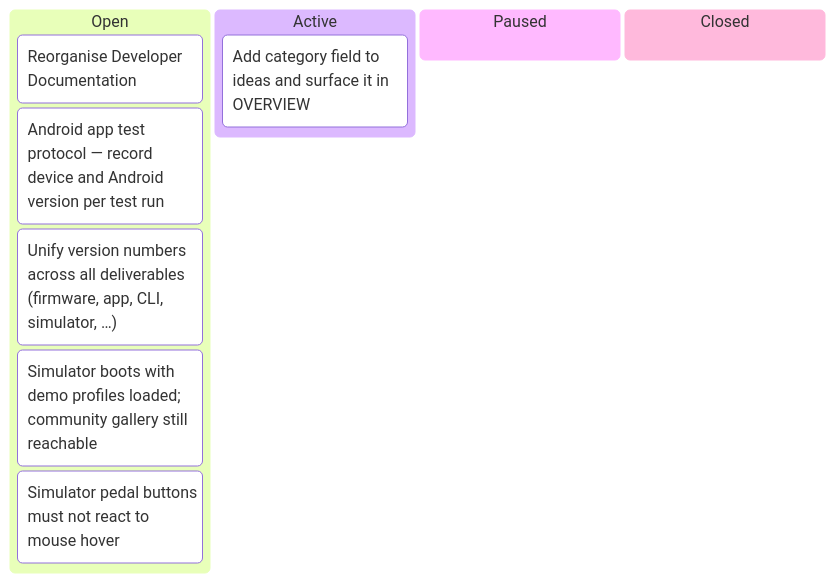
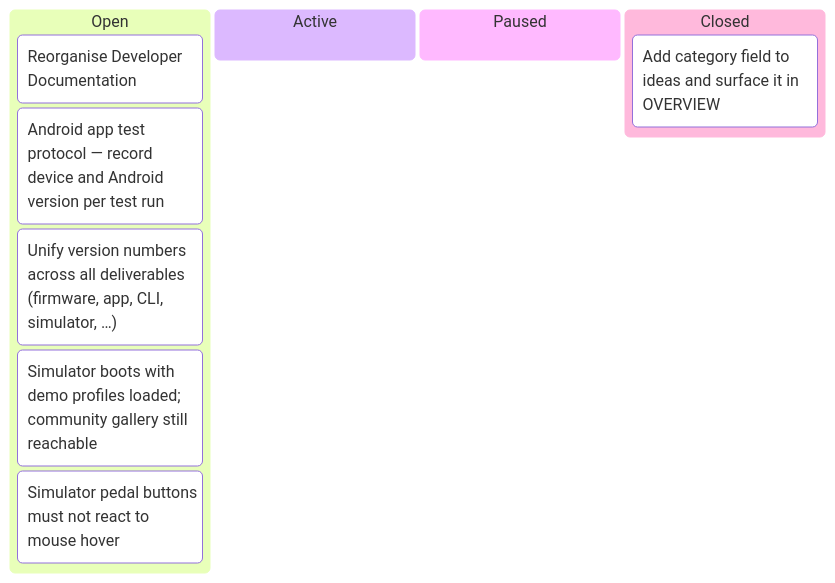
Before and after one commit to tgd1975/AwesomeStudioPedal: the sixth of 6 diagrams in docs/developers/tasks/KANBAN.md, drawn with Mermaid. The commit also changed other lines of this file and 60 other files, not shown here.

Commit message:
close TASK-305: Add category field to ideas and surface it in OVERVIEW

````diff
--- a/docs/developers/tasks/KANBAN.md
+++ b/docs/developers/tasks/KANBAN.md
@@ -92,13 +92,13 @@
 ```mermaid
 kanban
   Open
     TASK_148["Reorganise Developer Documentation"]
     TASK_259["Android app test protocol — record device and Android version per test run"]
     TASK_260["Unify version numbers across all deliverables (firmware, app, CLI, simulator, …)"]
     TASK_303["Simulator boots with demo profiles loaded; community gallery still reachable"]
     TASK_304["Simulator pedal buttons must not react to mouse hover"]
   Active
-    TASK_305["Add category field to ideas and surface it in OVERVIEW"]
   Paused
   Closed
+    TASK_305["Add category field to ideas and surface it in OVERVIEW"]
 ```
````
